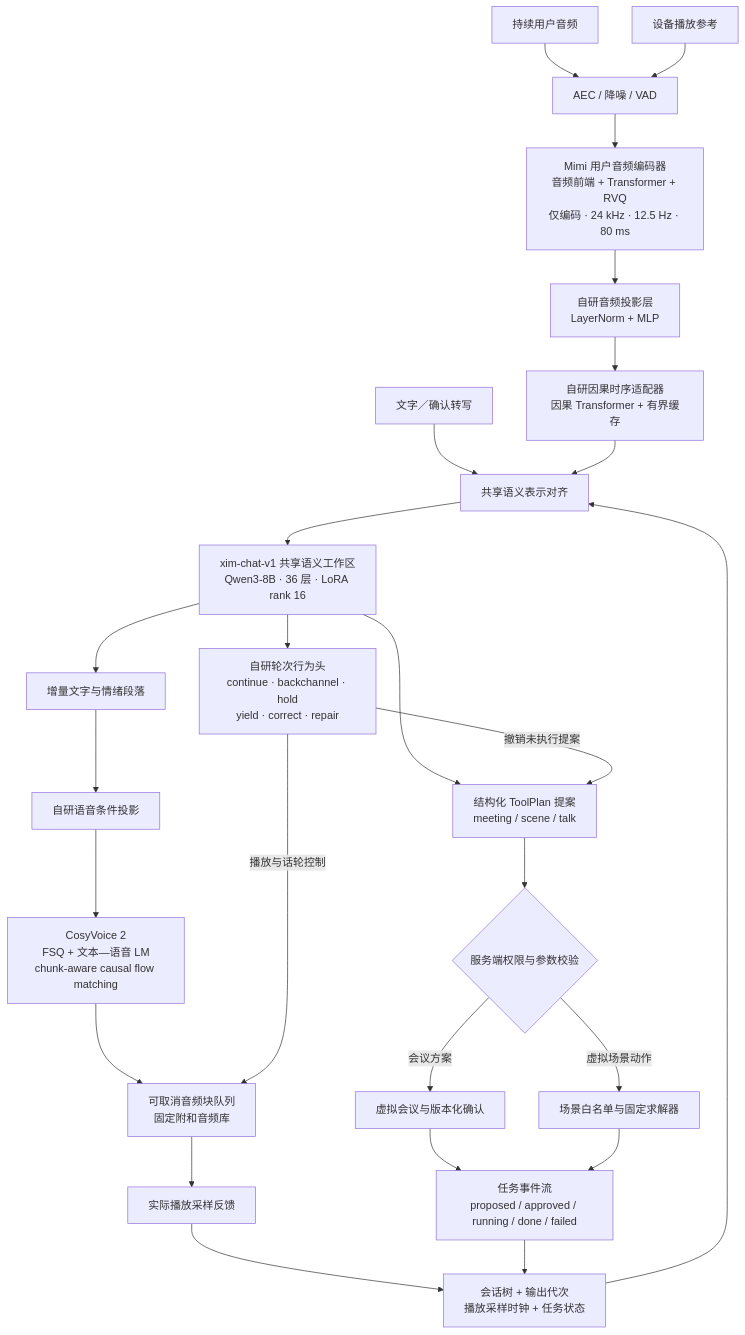
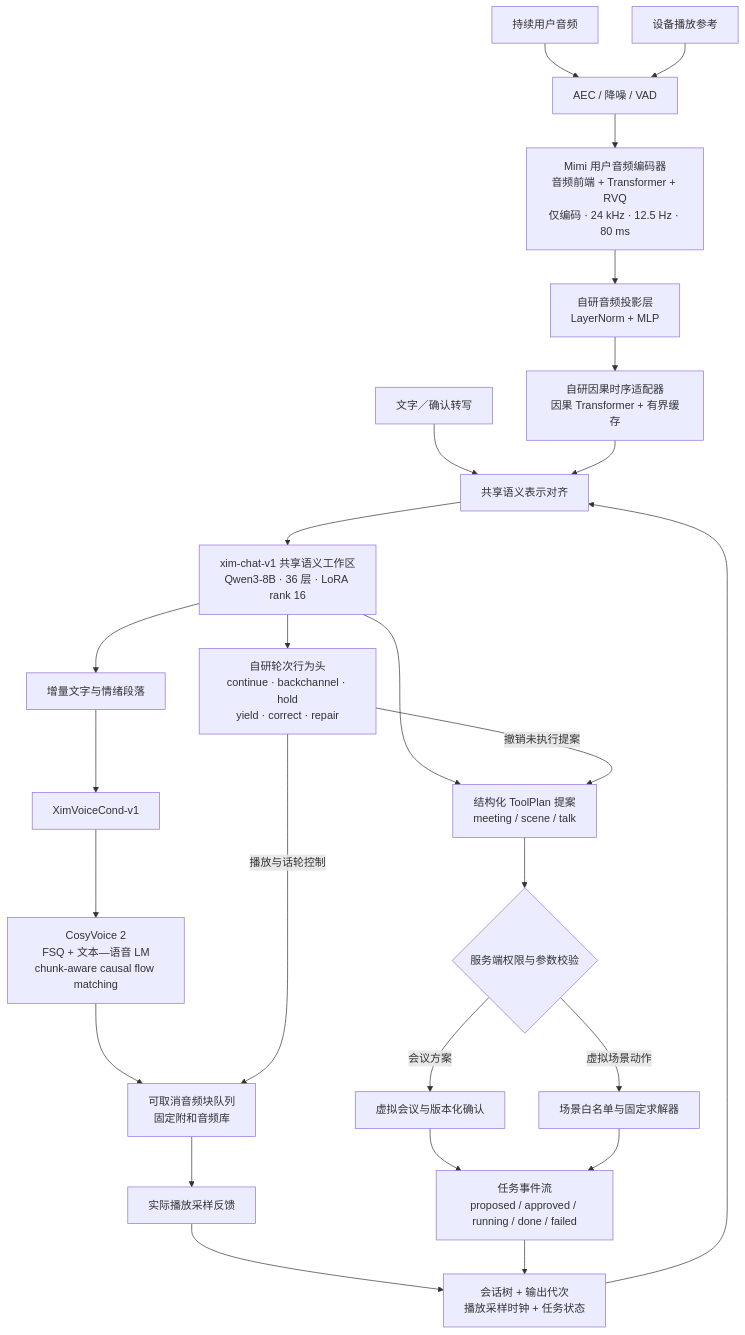
One commit to wuki-creator/Xim-duplex changed the second of 2 diagrams in docs/VOICE_TASK_PIPELINE.md. Above: the diagram before and after it, drawn with Mermaid. The commit also changed other lines of this file and 3 other files, not shown here.

Commit message:
docs: define XimVoiceCond-v1 architecture

````diff
--- a/docs/VOICE_TASK_PIPELINE.md
+++ b/docs/VOICE_TASK_PIPELINE.md
@@ -167,29 +169,29 @@
 ```mermaid
 flowchart TD
     AUDIO[持续用户音频] --> AEC[AEC / 降噪 / VAD]
     REF[设备播放参考] --> AEC
     AEC --> MIMI[Mimi 用户音频编码器<br/>音频前端 + Transformer + RVQ<br/>仅编码 · 24 kHz · 12.5 Hz · 80 ms]
     MIMI --> PROJ[自研音频投影层<br/>LayerNorm + MLP]
     PROJ --> ADAPTER[自研因果时序适配器<br/>因果 Transformer + 有界缓存]
     TEXT[文字／确认转写] --> ALIGN[共享语义表示对齐]
     ADAPTER --> ALIGN
     STATE[会话树 + 输出代次<br/>播放采样时钟 + 任务状态] --> ALIGN
     ALIGN --> XIM[xim-chat-v1 共享语义工作区<br/>Qwen3-8B · 36 层 · LoRA rank 16]
     XIM --> POLICY[自研轮次行为头<br/>continue · backchannel · hold<br/>yield · correct · repair]
     XIM --> CHAT[增量文字与情绪段落]
-    CHAT --> VPROJ[自研语音条件投影]
+    CHAT --> VPROJ[XimVoiceCond-v1]
     VPROJ --> CV2[CosyVoice 2<br/>FSQ + 文本—语音 LM<br/>chunk-aware causal flow matching]
     CV2 --> PLAY[可取消音频块队列<br/>固定附和音频库]
     PLAY --> SAMPLES[实际播放采样反馈]
     SAMPLES --> STATE
     POLICY -->|播放与话轮控制| PLAY
 
     XIM --> TOOLPLAN[结构化 ToolPlan 提案<br/>meeting / scene / talk]
     TOOLPLAN --> POLICYCHECK{服务端权限与参数校验}
     POLICYCHECK -->|会议方案| MROOM[虚拟会议与版本化确认]
     POLICYCHECK -->|虚拟场景动作| MSCENE[场景白名单与固定求解器]
     MROOM --> EVENTS[任务事件流<br/>proposed / approved / running / done / failed]
     MSCENE --> EVENTS
     EVENTS --> STATE
     POLICY -->|撤销未执行提案| TOOLPLAN
 ```
````
